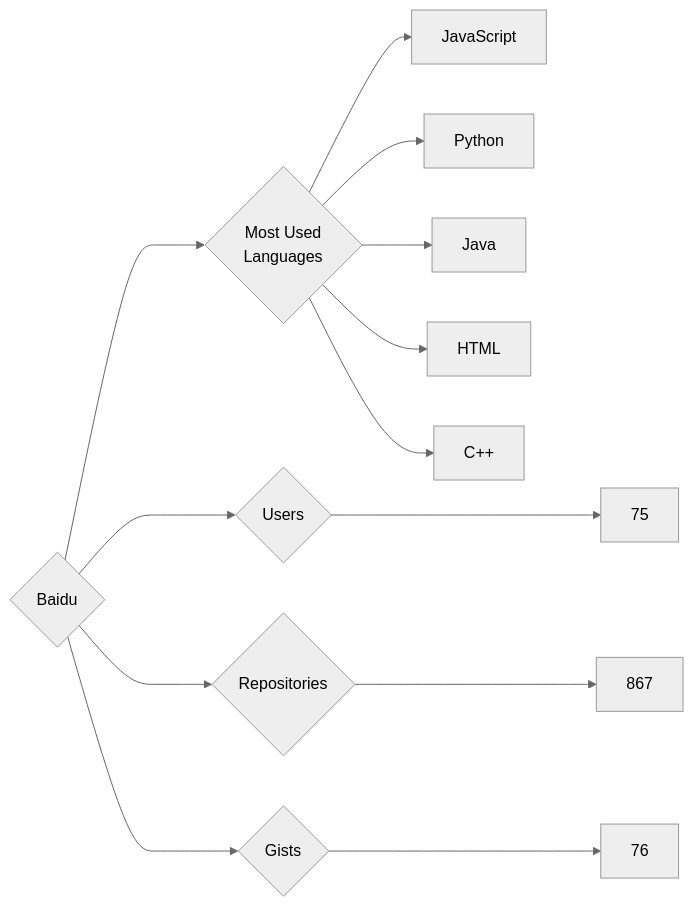
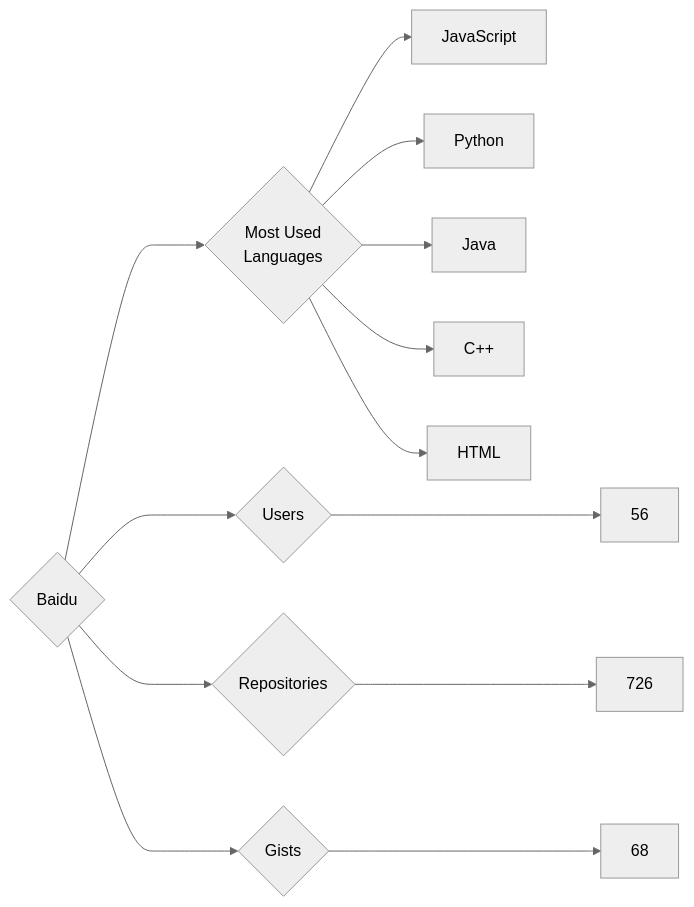
One commit to trickest/insiders changed the diagram in targets/Baidu/README.md. Above: the diagram before and after it, drawn with Mermaid (neutral theme). The commit also changed 972 other files, not shown here.

````diff
--- a/targets/Baidu/README.md
+++ b/targets/Baidu/README.md
@@ -3,13 +3,13 @@
 ```mermaid
 graph LR
 COMPANY_NAME{Baidu}
-COMPANY_NAME ---> U{Users} ---> UN[75]
-COMPANY_NAME ---> R{Repositories} ---> RN[867]
-COMPANY_NAME ---> G{Gists} ---> GN[76]
+COMPANY_NAME ---> U{Users} ---> UN[56]
+COMPANY_NAME ---> R{Repositories} ---> RN[726]
+COMPANY_NAME ---> G{Gists} ---> GN[68]
 COMPANY_NAME ---> ML{Most Used<br>Languages}
 ML --> JavaScript[JavaScript]
 ML --> Python[Python]
 ML --> Java[Java]
+ML --> C++[C++]
 ML --> HTML[HTML]
-ML --> C++[C++]
 ```
````
